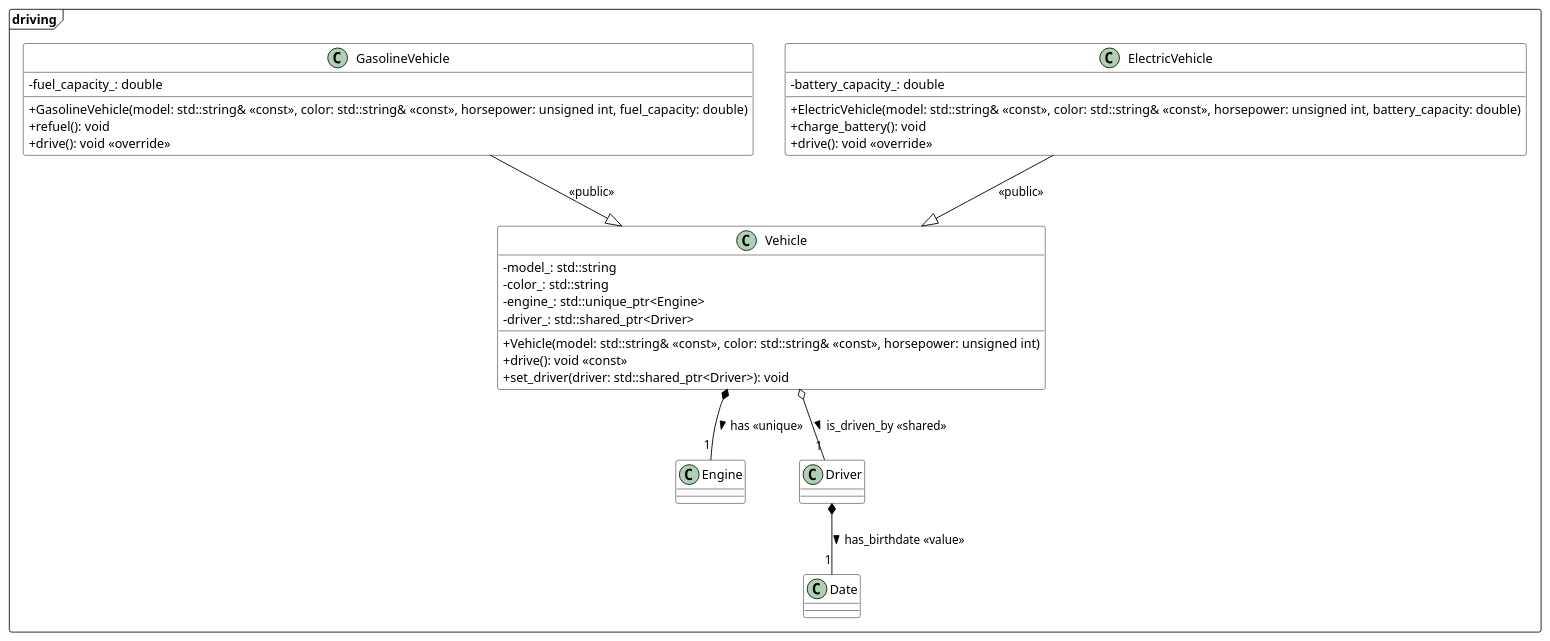
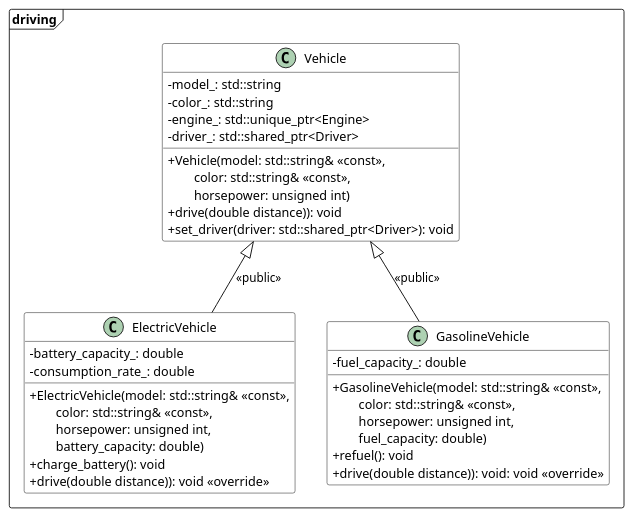
The diagram in lecture8/diagrams/driving_inheritance.wsd (rahulk-99/enpm702_fall2024), drawn with PlantUML before and after one commit. The commit also changed 17 other files, not shown here.

```diff
--- a/lecture8/diagrams/driving_inheritance.wsd
+++ b/lecture8/diagrams/driving_inheritance.wsd
@@ -1,58 +1,62 @@
 @startuml "Driving Scenario"
 
 skinparam classAttributeIconSize 0
 skinparam class {
     BackgroundColor White
     ArrowColor Black
     BorderColor Black
 }
 
 Package driving <<Frame>>{
 
 class ElectricVehicle {
     -battery_capacity_: double
-    +ElectricVehicle(model: std::string& <<const>>, color: std::string& <<const>>, horsepower: unsigned int, battery_capacity: double)
+    -consumption_rate_: double
+    +ElectricVehicle(model: std::string& <<const>>,\n\tcolor: std::string& <<const>>,\n\thorsepower: unsigned int,\n\tbattery_capacity: double)
     +charge_battery(): void
-    +drive(): void <<override>>
+    +drive(double distance)): void <<override>>
 }
 
 class GasolineVehicle {
     -fuel_capacity_: double
-    +GasolineVehicle(model: std::string& <<const>>, color: std::string& <<const>>, horsepower: unsigned int, fuel_capacity: double)
+    +GasolineVehicle(model: std::string& <<const>>,\n\tcolor: std::string& <<const>>,\n\thorsepower: unsigned int,\n\tfuel_capacity: double)
     +refuel(): void
-    +drive(): void <<override>>
+    +drive(double distance)): void: void <<override>>
 }
 
 class Vehicle {
     -model_: std::string
     -color_: std::string
     -engine_: std::unique_ptr<Engine>
     -driver_: std::shared_ptr<Driver>
-    +Vehicle(model: std::string& <<const>>, color: std::string& <<const>>, horsepower: unsigned int)
-    +drive(): void <<const>>
+    +Vehicle(model: std::string& <<const>>,\n\tcolor: std::string& <<const>>,\n\thorsepower: unsigned int)
+    +drive(double distance)): void
     +set_driver(driver: std::shared_ptr<Driver>): void
 }
 
-class Engine {
+' class Engine {
 
-}
+' }
 
-class Driver {
+' class Driver {
 
-}
+' }
 
-class Date {
+' class Date {
 
-}
+' }
 
 
 
-ElectricVehicle --|> Vehicle: <<public>>
-GasolineVehicle --|> Vehicle: <<public>>
+ElectricVehicle --up|> Vehicle: <<public>>
+GasolineVehicle -up-|> Vehicle: <<public>>
+
+' left of Vehicle
+' GasolineVehicle
 
 
-Vehicle *-- "1" Engine : has <<unique>> >
-Vehicle o-- "1" Driver : is_driven_by <<shared>> >
-Driver *-- "1" Date : has_birthdate <<value>> >
+' Vehicle *-- "1" Engine : has <<unique>> >
+' Vehicle o-- "1" Driver : is_driven_by <<shared>> >
+' Driver *-- "1" Date : has_birthdate <<value>> >
 }
 @enduml
```
